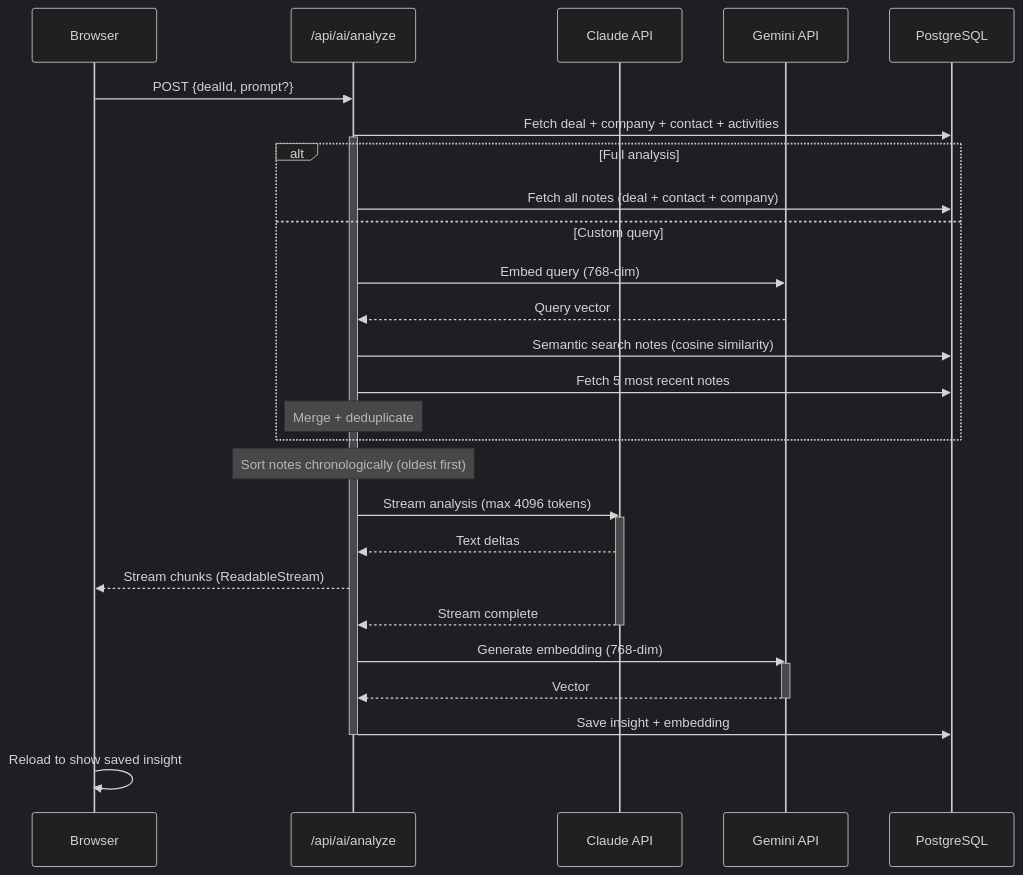
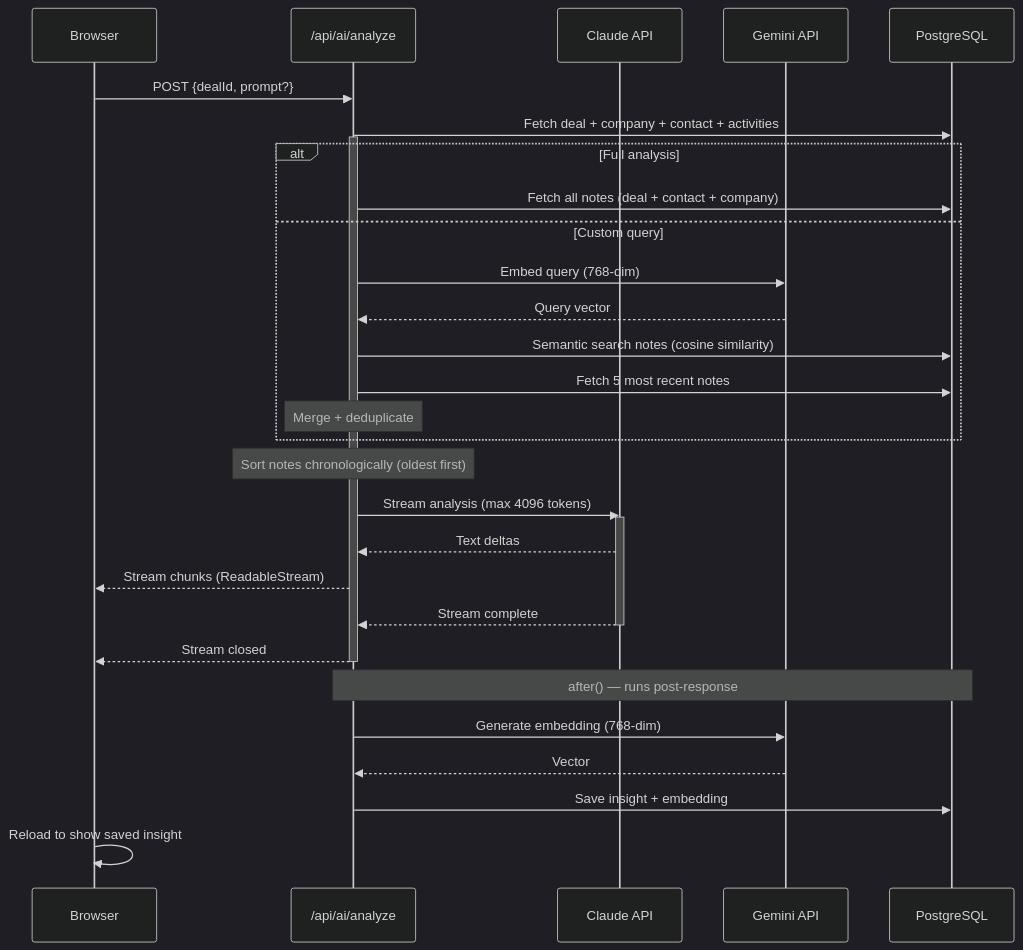
Before and after one commit to wenindoubt/admin.wenindoubt.com: the diagram in docs/ai-pipeline.md, drawn with Mermaid (dark theme). The commit also changed other lines of this file and 46 other files, not shown here.

````diff
--- a/docs/ai-pipeline.md
+++ b/docs/ai-pipeline.md
@@ -5,35 +5,35 @@
 ```mermaid
 sequenceDiagram
     participant Browser
     participant API as /api/ai/analyze
     participant Claude as Claude API
     participant Gemini as Gemini API
     participant DB as PostgreSQL
 
     Browser->>API: POST {dealId, prompt?}
     API->>DB: Fetch deal + company + contact + activities
     activate API
     alt Full analysis
         API->>DB: Fetch all notes (deal + contact + company)
     else Custom query
         API->>Gemini: Embed query (768-dim)
         Gemini-->>API: Query vector
         API->>DB: Semantic search notes (cosine similarity)
         API->>DB: Fetch 5 most recent notes
         Note over API: Merge + deduplicate
     end
     Note over API: Sort notes chronologically (oldest first)
     API->>Claude: Stream analysis (max 4096 tokens)
     activate Claude
     Claude-->>API: Text deltas
     API-->>Browser: Stream chunks (ReadableStream)
     Claude-->>API: Stream complete
     deactivate Claude
+    API-->>Browser: Stream closed
+    deactivate API
+    Note over API,DB: after() — runs post-response
     API->>Gemini: Generate embedding (768-dim)
-    activate Gemini
     Gemini-->>API: Vector
-    deactivate Gemini
     API->>DB: Save insight + embedding
-    deactivate API
     Browser->>Browser: Reload to show saved insight
 ```
````
